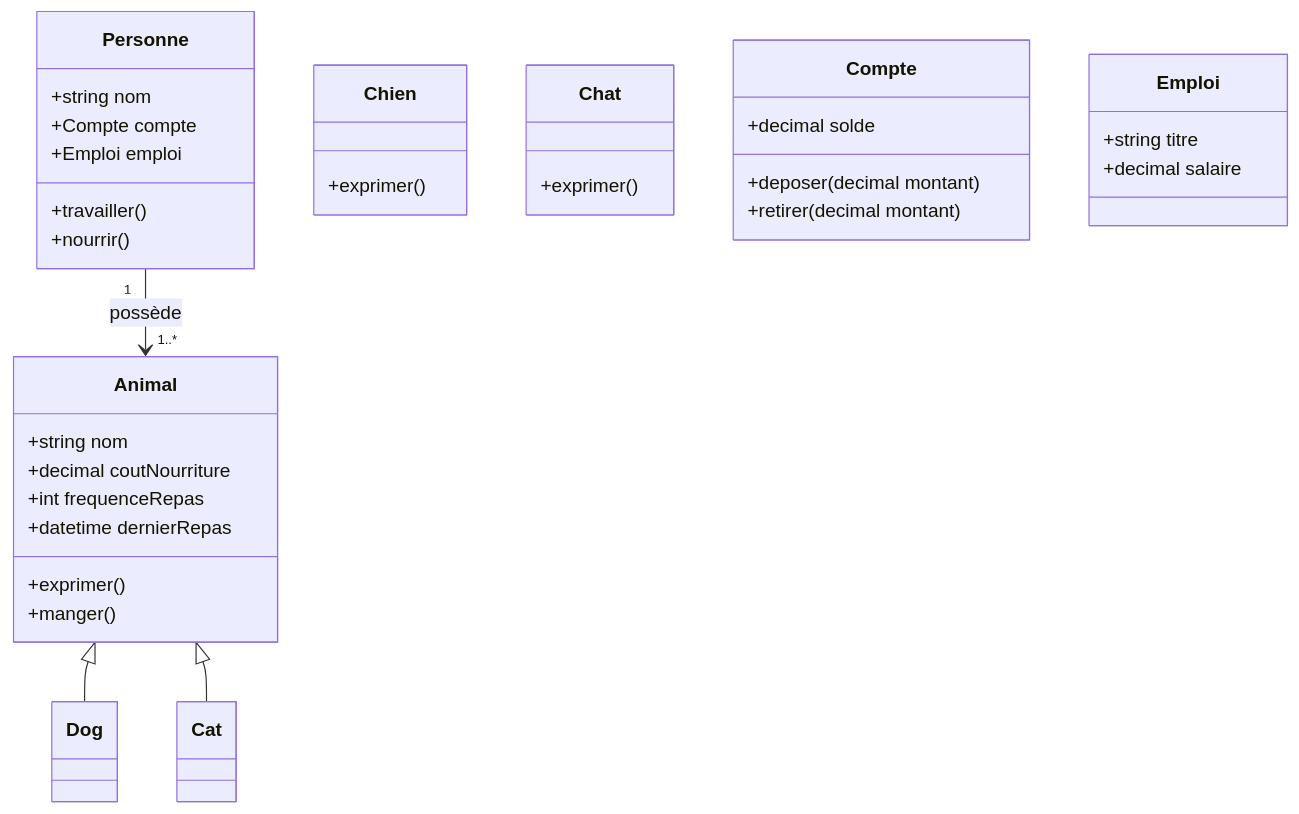
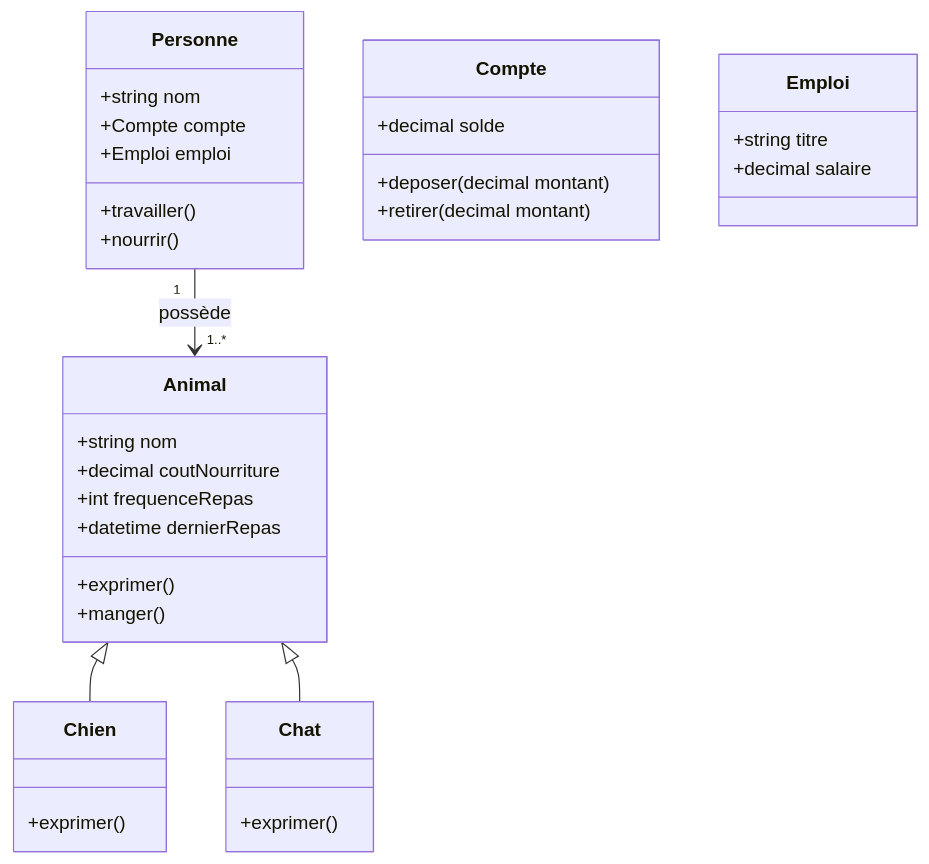
The diagram in Diagramme.mmd (FrancoLeme/WIN_BobCity-S3-S4-), drawn with Mermaid before and after one commit.

```diff
--- a/Diagramme.mmd
+++ b/Diagramme.mmd
@@ -1,46 +1,47 @@
 classDiagram
-    Animal <|-- Dog
-    Animal <|-- Cat
+    Animal <|-- Chien
+    Animal <|-- Chat
     Personne "1" --> "1..*" Animal : possède
+
 
 
     class Animal{
         +string nom
         +decimal coutNourriture
         +int frequenceRepas
         +datetime dernierRepas
 
         +exprimer()
         +manger()
     }
 
     class Chien{
         +exprimer()
     }
 
     class Chat{
         +exprimer()
     }
 
     class Personne{
         +string nom
         +Compte compte
         +Emploi emploi
 
         +travailler()
         +nourrir()
     }
 
     class Compte{
         +decimal solde
 
         +deposer(decimal montant)
         +retirer(decimal montant)
     }
 
     class Emploi{
         +string titre
         +decimal salaire
 
 
     }
```
